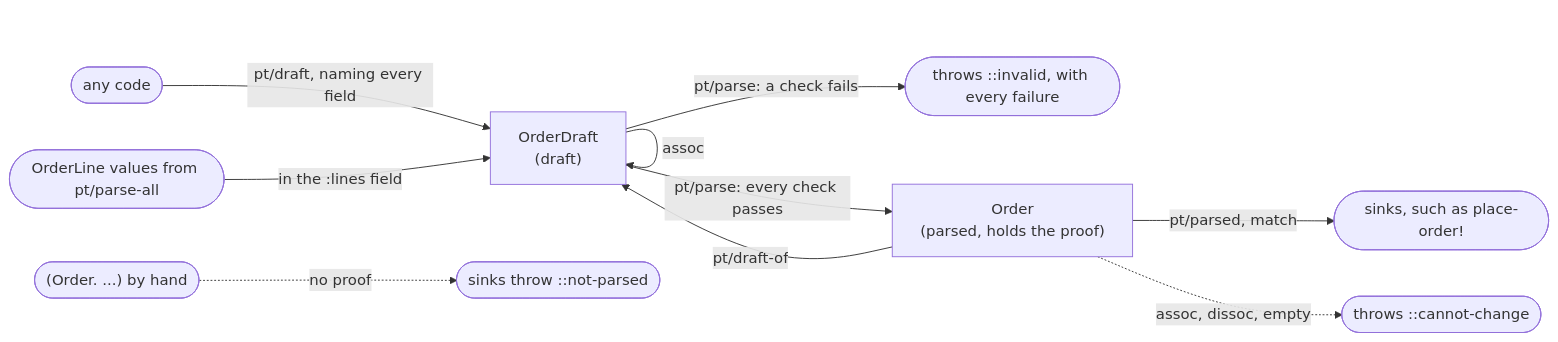
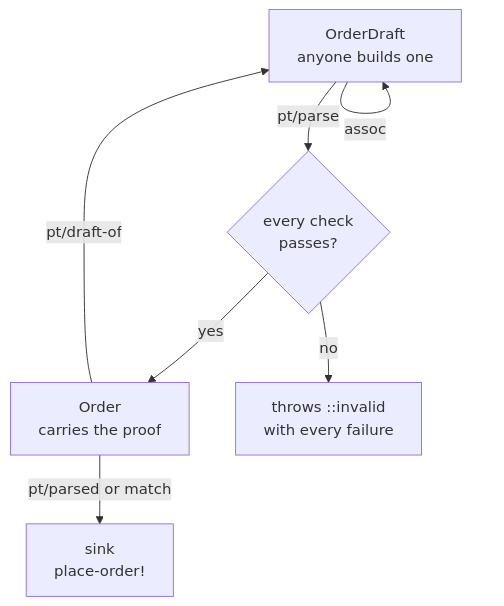
Before and after one commit to escherize/parsed-types: the diagram in README.md, drawn with Mermaid.

Commit message:
README: a smaller top-down diagram whose labels fit
GitHub clipped the long edge labels and the right column of the wide one.

````diff
--- a/README.md
+++ b/README.md
@@ -19,12 +19,9 @@
 ```mermaid
-flowchart LR
-  code([any code]) -->|"pt/draft, naming every field"| D["OrderDraft<br/>(draft)"]
-  L(["OrderLine values from pt/parse-all"]) -->|"in the :lines field"| D
+flowchart TD
+  D["OrderDraft<br/>anyone builds one"] -->|pt/parse| C{every check<br/>passes?}
+  C -->|yes| P["Order<br/>carries the proof"]
+  C -->|no| F["throws ::invalid<br/>with every failure"]
+  P -->|pt/parsed or match| S["sink<br/>place-order!"]
+  P -->|pt/draft-of| D
   D -->|assoc| D
-  D -->|"pt/parse: every check passes"| P["Order<br/>(parsed, holds the proof)"]
-  D -->|"pt/parse: a check fails"| F(["throws ::invalid, with every failure"])
-  P -->|pt/draft-of| D
-  P -->|"pt/parsed, match"| S([sinks, such as place-order!])
-  P -.->|"assoc, dissoc, empty"| T(["throws ::cannot-change"])
-  H(["(Order. ...) by hand"]) -.->|no proof| N(["sinks throw ::not-parsed"])
 ```
````
